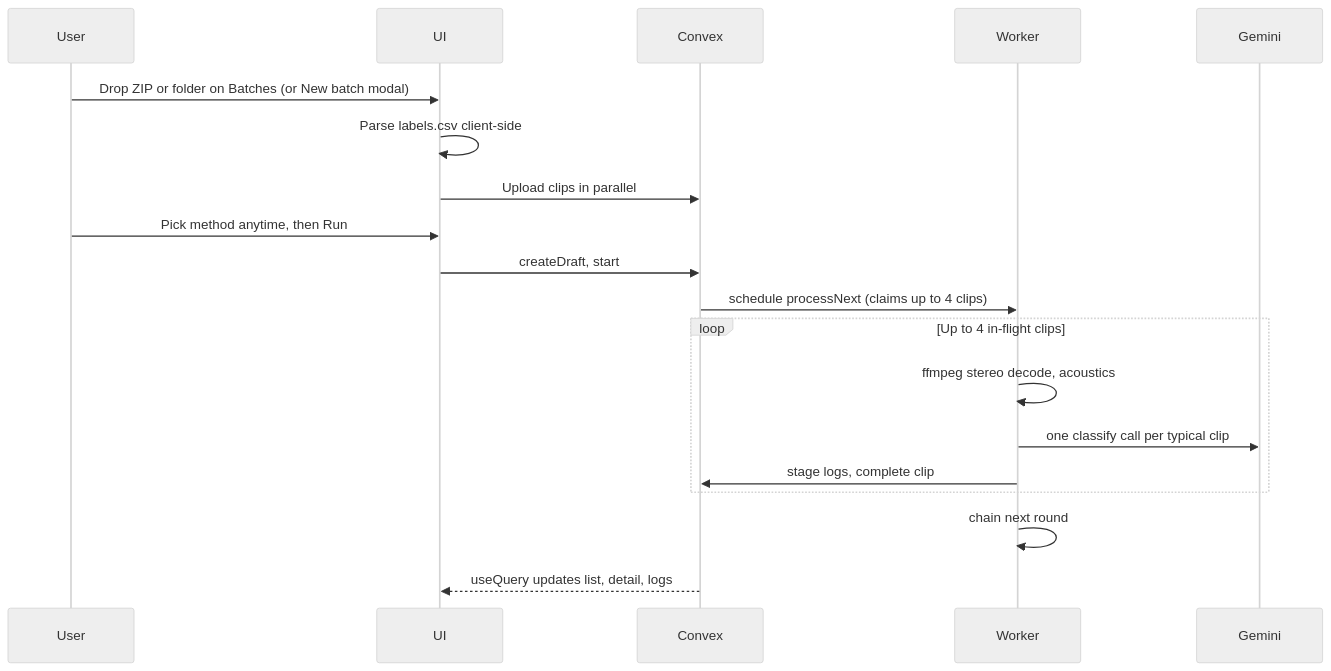
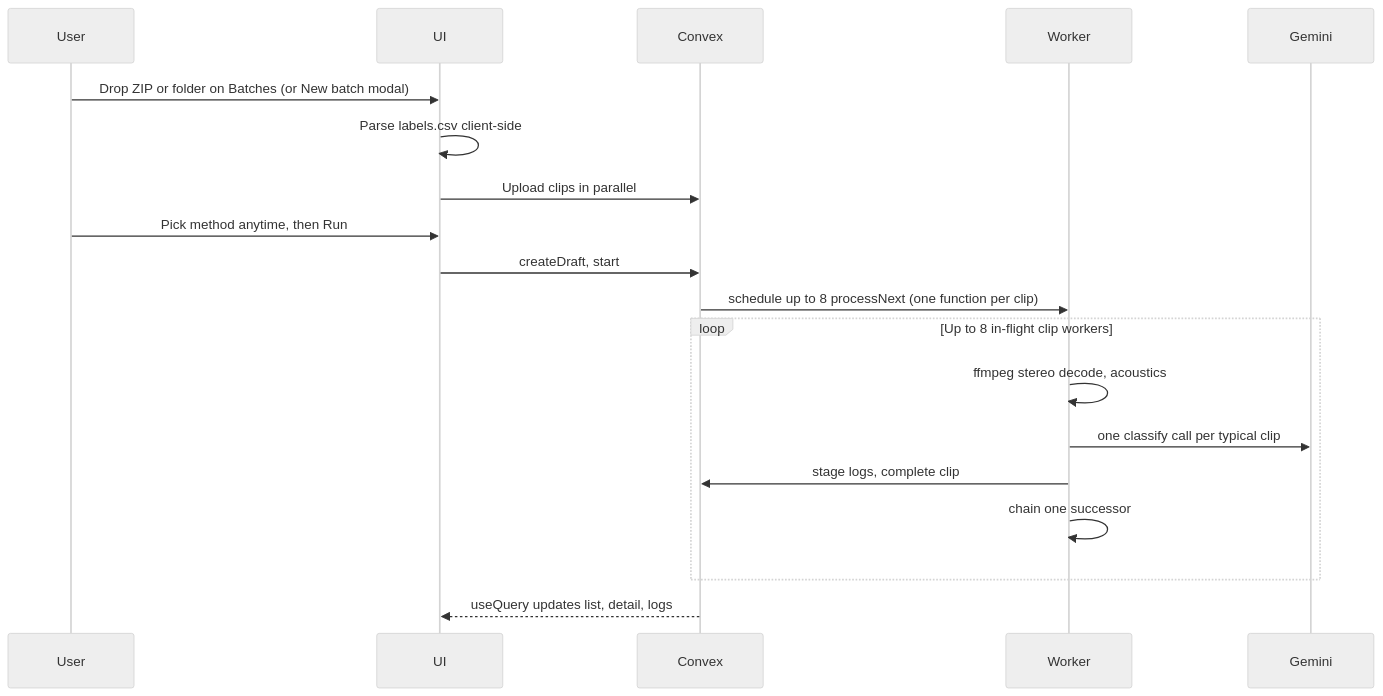
The second of 2 diagrams in docs/ARCHITECTURE.md (ftsaylon/autoace-voice-trial), drawn with Mermaid (neutral theme) before and after one commit. The commit also changed other lines of this file and 8 other files, not shown here.

First line of the commit message:
Spawn one Convex action per clip, cap eight in flight.

````diff
--- a/docs/ARCHITECTURE.md
+++ b/docs/ARCHITECTURE.md
@@ -57,22 +57,22 @@
 ```mermaid
 sequenceDiagram
   participant User
   participant UI
   participant Convex
   participant Worker
   participant Gemini
 
   User->>UI: Drop ZIP or folder on Batches (or New batch modal)
   UI->>UI: Parse labels.csv client-side
   UI->>Convex: Upload clips in parallel
   User->>UI: Pick method anytime, then Run
   UI->>Convex: createDraft, start
-  Convex->>Worker: schedule processNext (claims up to 4 clips)
-  loop Up to 4 in-flight clips
+  Convex->>Worker: schedule up to 8 processNext (one function per clip)
+  loop Up to 8 in-flight clip workers
     Worker->>Worker: ffmpeg stereo decode, acoustics
     Worker->>Gemini: one classify call per typical clip
     Worker->>Convex: stage logs, complete clip
+    Worker->>Worker: chain one successor
   end
-  Worker->>Worker: chain next round
   Convex-->>UI: useQuery updates list, detail, logs
 ```
````
